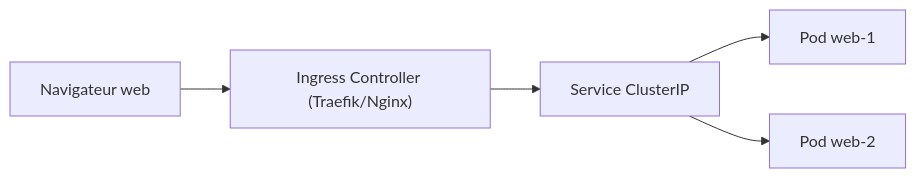
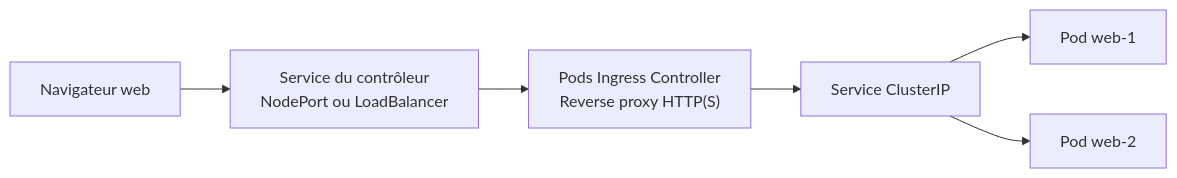
Before and after one commit to sountrust/MICSI_A4: the eighth of 9 diagrams in CM2.md, drawn with Mermaid. The commit also changed other lines of this file, not shown here.

Commit message:
Reprise finale du CM2 pour améliorer la compréhension de l'ingress et de l'egress Ajout des schémas sur type et raison d'un cluster "environnement et iac" Suppression des redites

````diff
--- a/CM2.md
+++ b/CM2.md
@@ -680,7 +798,8 @@
 ```mermaid
 graph LR
-User["Navigateur web"] --> Ingress["Ingress Controller (Traefik/Nginx)"]
+User["Navigateur web"] --> Entry["Service du contrôleur<br/>NodePort ou LoadBalancer"]
+Entry --> Ingress["Pods Ingress Controller<br/>Reverse proxy HTTP(S)"]
 Ingress --> Service["Service ClusterIP"]
 Service --> Pod1["Pod web-1"]
 Service --> Pod2["Pod web-2"]
 ```
````
